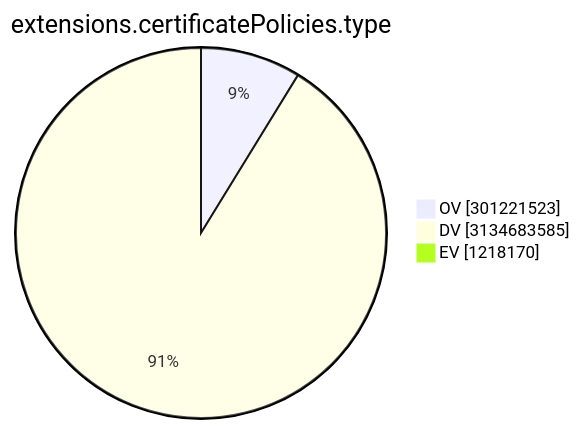
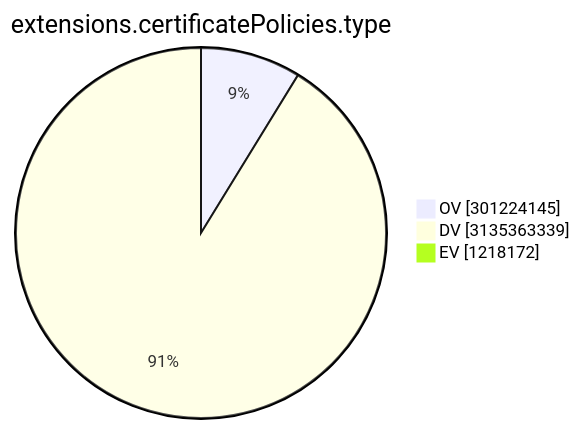
One commit to christiankrug/ctmonitor_visualization changed the ninth of 15 diagrams in TOTAL/README.md. Above: the diagram before and after it, drawn with Mermaid. The commit also changed other lines of this file, not shown here.

````diff
--- a/TOTAL/README.md
+++ b/TOTAL/README.md
@@ -3105,7 +3105,7 @@
 ```mermaid
 pie showData
 title extensions.certificatePolicies.type
-"OV" :301221523
-"DV" :3134683585
-"EV" :1218170
+"OV" :301224145
+"DV" :3135363339
+"EV" :1218172
 ```
````
